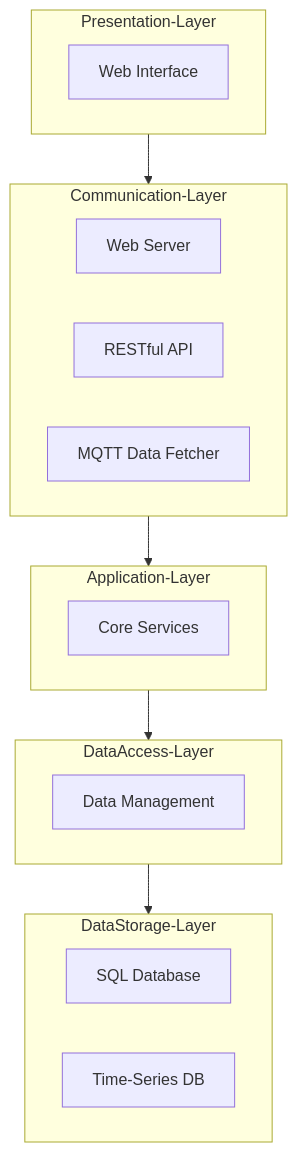
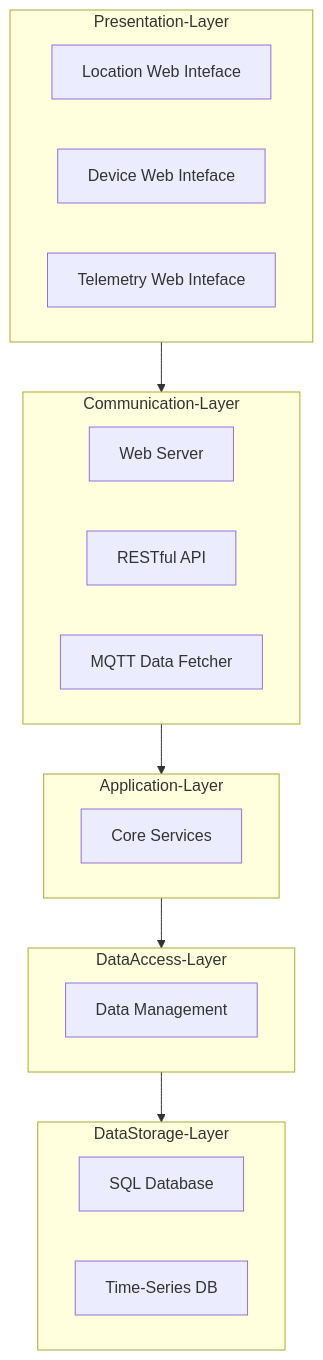
The first of 2 diagrams in README.md (Distributed-IoT-Software-Arch-Course/iot-monolithic-arch-playground), drawn with Mermaid before and after one commit. The commit also changed other lines of this file and 10 other files, not shown here.

````diff
--- a/README.md
+++ b/README.md
@@ -18,30 +18,32 @@
 ```mermaid
 graph TD
   subgraph Presentation-Layer
-    A1[Web Interface]
+    A1[Location Web Inteface]
+    A2[Device Web Inteface]
+    A3[Telemetry Web Inteface]
   end
   
   subgraph Communication-Layer
     B1[Web Server]
     B2[RESTful API]
     B3[MQTT Data Fetcher]
   end
   
   subgraph Application-Layer
     C1[Core Services]
   end
   
   subgraph DataAccess-Layer
     D2[Data Management]
   end
   
   subgraph DataStorage-Layer
     E1[SQL Database]
     E2[Time-Series DB]
   end
 
   Presentation-Layer --> Communication-Layer
   Communication-Layer --> Application-Layer
   Application-Layer --> DataAccess-Layer
   DataAccess-Layer --> DataStorage-Layer
 ```
````
